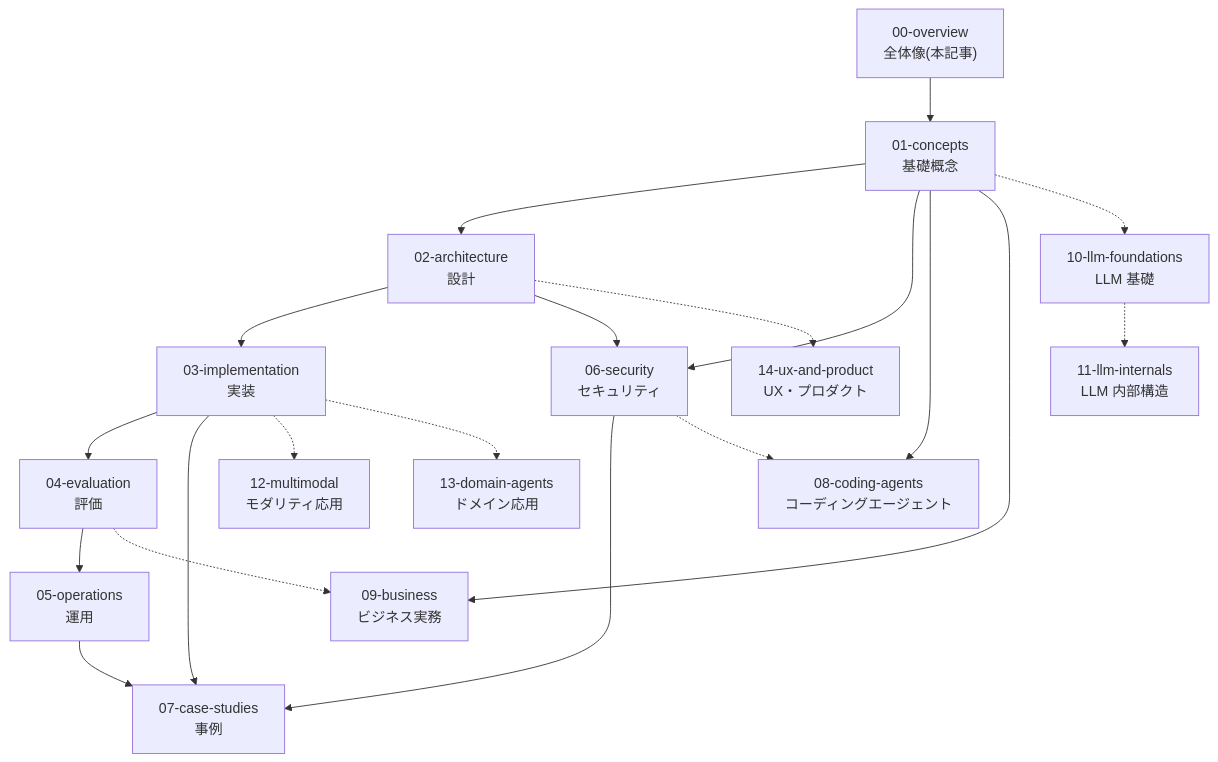
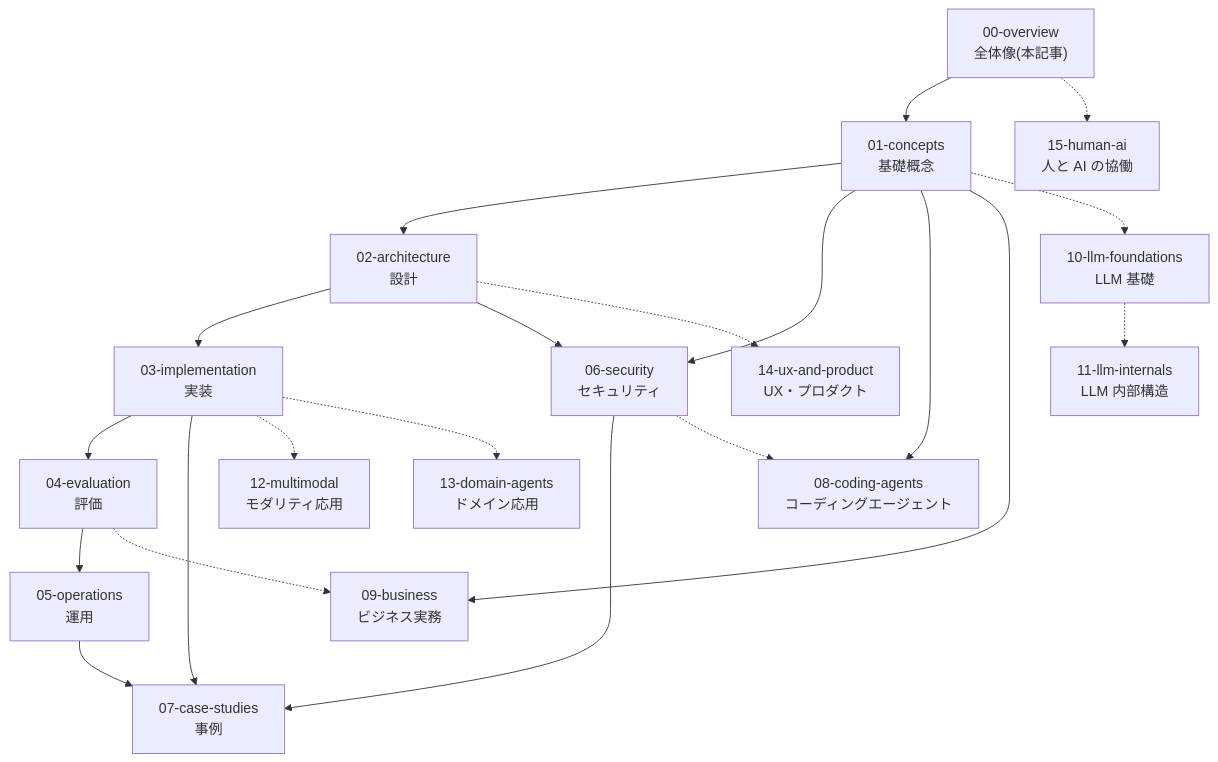
One commit to pero3dev/ai-agent-library changed the diagram in docs/00-overview/learning-roadmap.md. Above: the diagram before and after it, drawn with Mermaid. The commit also changed other lines of this file and 17 other files, not shown here.

First line of the commit message:
Phase AW: 人と AI の協働(認知・個人)新設 — HUMAN-AI 完結

````diff
--- a/docs/00-overview/learning-roadmap.md
+++ b/docs/00-overview/learning-roadmap.md
@@ -32,22 +32,23 @@
 ```mermaid
 flowchart TD
     O["00-overview<br/>全体像(本記事)"] --> C1["01-concepts<br/>基礎概念"]
     C1 --> A2["02-architecture<br/>設計"]
     A2 --> I3["03-implementation<br/>実装"]
     I3 --> E4["04-evaluation<br/>評価"]
     E4 --> P5["05-operations<br/>運用"]
     C1 --> S6["06-security<br/>セキュリティ"]
     A2 --> S6
     I3 --> CS7["07-case-studies<br/>事例"]
     S6 --> CS7
     P5 --> CS7
     C1 --> CA8["08-coding-agents<br/>コーディングエージェント"]
     S6 -.-> CA8
     C1 --> B9["09-business<br/>ビジネス実務"]
     E4 -.-> B9
     C1 -.-> F10["10-llm-foundations<br/>LLM 基礎"]
     F10 -.-> I11["11-llm-internals<br/>LLM 内部構造"]
     I3 -.-> MM12["12-multimodal<br/>モダリティ応用"]
     I3 -.-> DA13["13-domain-agents<br/>ドメイン応用"]
     A2 -.-> UX14["14-ux-and-product<br/>UX・プロダクト"]
+    O -.-> H15["15-human-ai<br/>人と AI の協働"]
 ```
````
